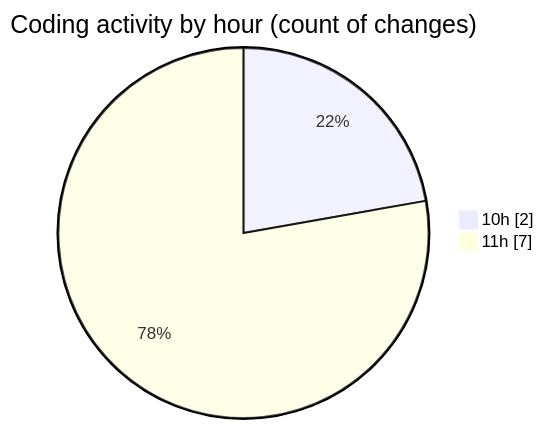
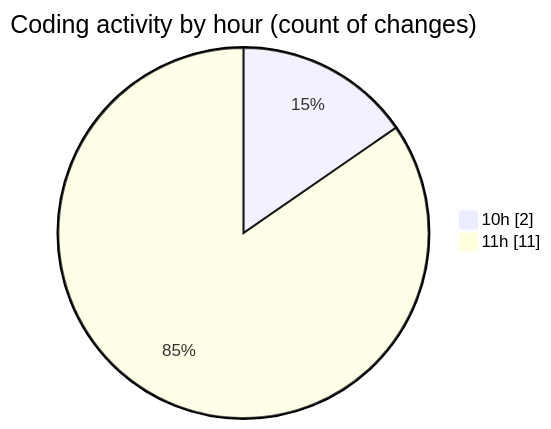
One commit to nxtqubesakshisongat/code-tracking changed the second of 2 diagrams in 2025-05-13/argos-dev/README.md. Above: the diagram before and after it, drawn with Mermaid. The commit also changed other lines of this file and 1 other file, not shown here.

````diff
--- a/2025-05-13/argos-dev/README.md
+++ b/2025-05-13/argos-dev/README.md
@@ -29,6 +30,6 @@
 ```mermaid
 pie showData
 title Coding activity by hour (count of changes)
 "10h" : 2
-"11h" : 7
+"11h" : 11
 ```
````
